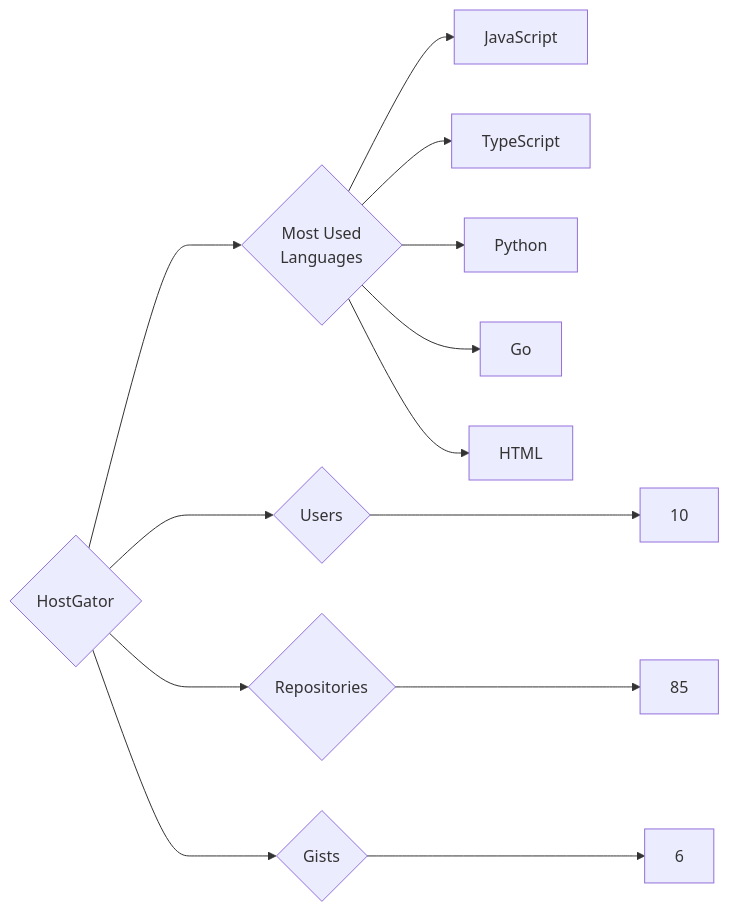
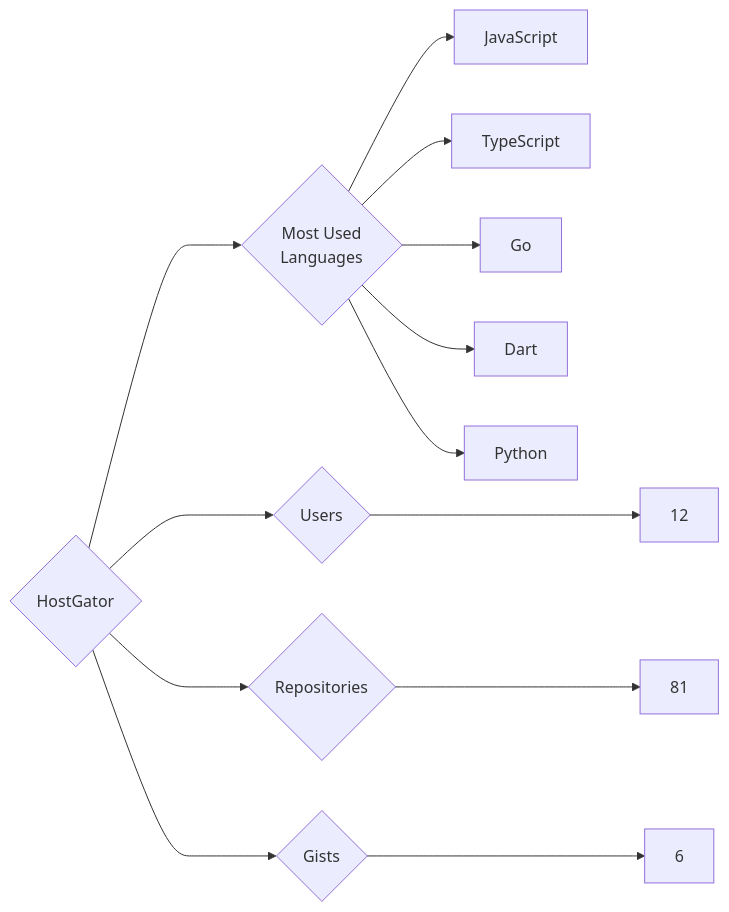
One commit to trickest/insiders changed the diagram in targets/HostGator/README.md. Above: the diagram before and after it, drawn with Mermaid. The commit also changed 823 other files, not shown here.

````diff
--- a/targets/HostGator/README.md
+++ b/targets/HostGator/README.md
@@ -3,13 +3,13 @@
 ```mermaid
 graph LR
 COMPANY_NAME{HostGator}
-COMPANY_NAME ---> U{Users} ---> UN[10]
-COMPANY_NAME ---> R{Repositories} ---> RN[85]
+COMPANY_NAME ---> U{Users} ---> UN[12]
+COMPANY_NAME ---> R{Repositories} ---> RN[81]
 COMPANY_NAME ---> G{Gists} ---> GN[6]
 COMPANY_NAME ---> ML{Most Used<br>Languages}
 ML --> JavaScript[JavaScript]
 ML --> TypeScript[TypeScript]
+ML --> Go[Go]
+ML --> Dart[Dart]
 ML --> Python[Python]
-ML --> Go[Go]
-ML --> HTML[HTML]
 ```
````
